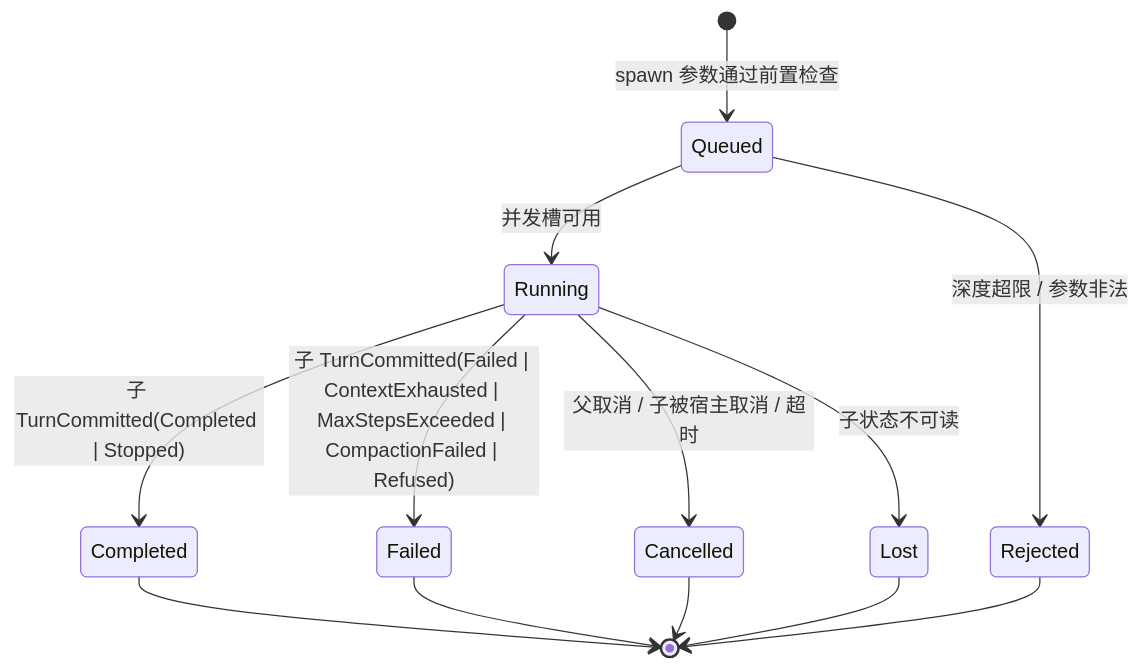
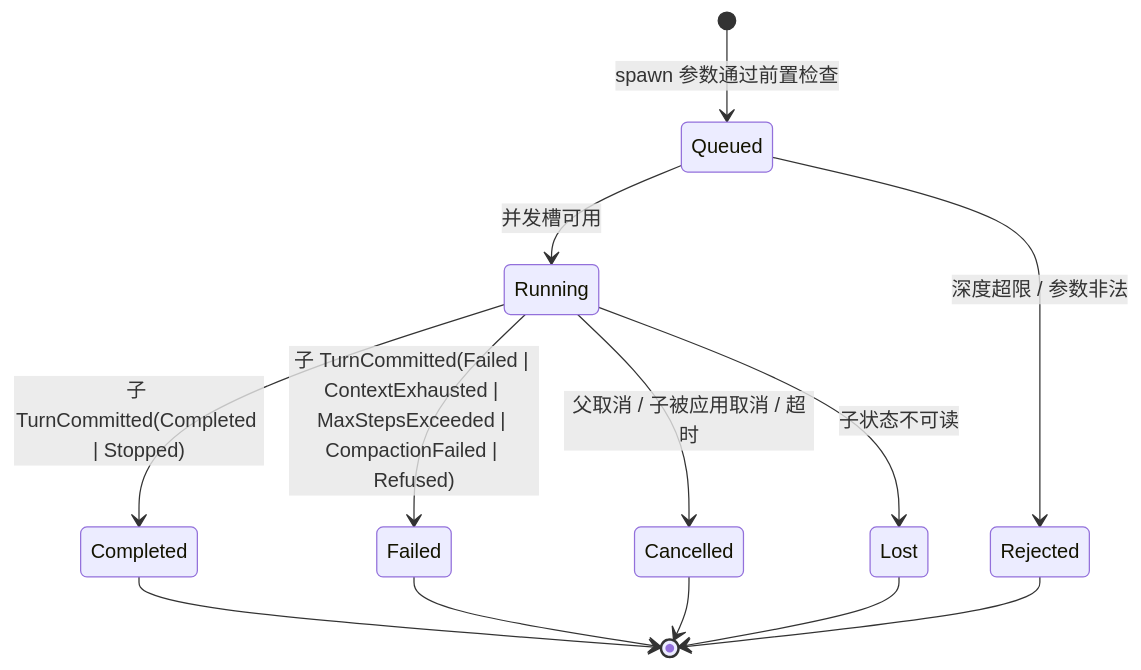
One commit to zibyn/asterpath changed the diagram in docs/design/subagents.md. Above: the diagram before and after it, drawn with Mermaid. The commit also changed other lines of this file and 15 other files, not shown here.

````diff
--- a/docs/design/subagents.md
+++ b/docs/design/subagents.md
@@ -158,15 +158,15 @@
 ```mermaid
 stateDiagram-v2
     [*] --> Queued: spawn 参数通过前置检查
     Queued --> Running: 并发槽可用
     Queued --> Rejected: 深度超限 / 参数非法
     Running --> Completed: 子 TurnCommitted(Completed | Stopped)
     Running --> Failed: 子 TurnCommitted(Failed | ContextExhausted | MaxStepsExceeded | CompactionFailed | Refused)
-    Running --> Cancelled: 父取消 / 子被宿主取消 / 超时
+    Running --> Cancelled: 父取消 / 子被应用取消 / 超时
     Running --> Lost: 子状态不可读
     Completed --> [*]
     Failed --> [*]
     Cancelled --> [*]
     Lost --> [*]
     Rejected --> [*]
 ```
````
